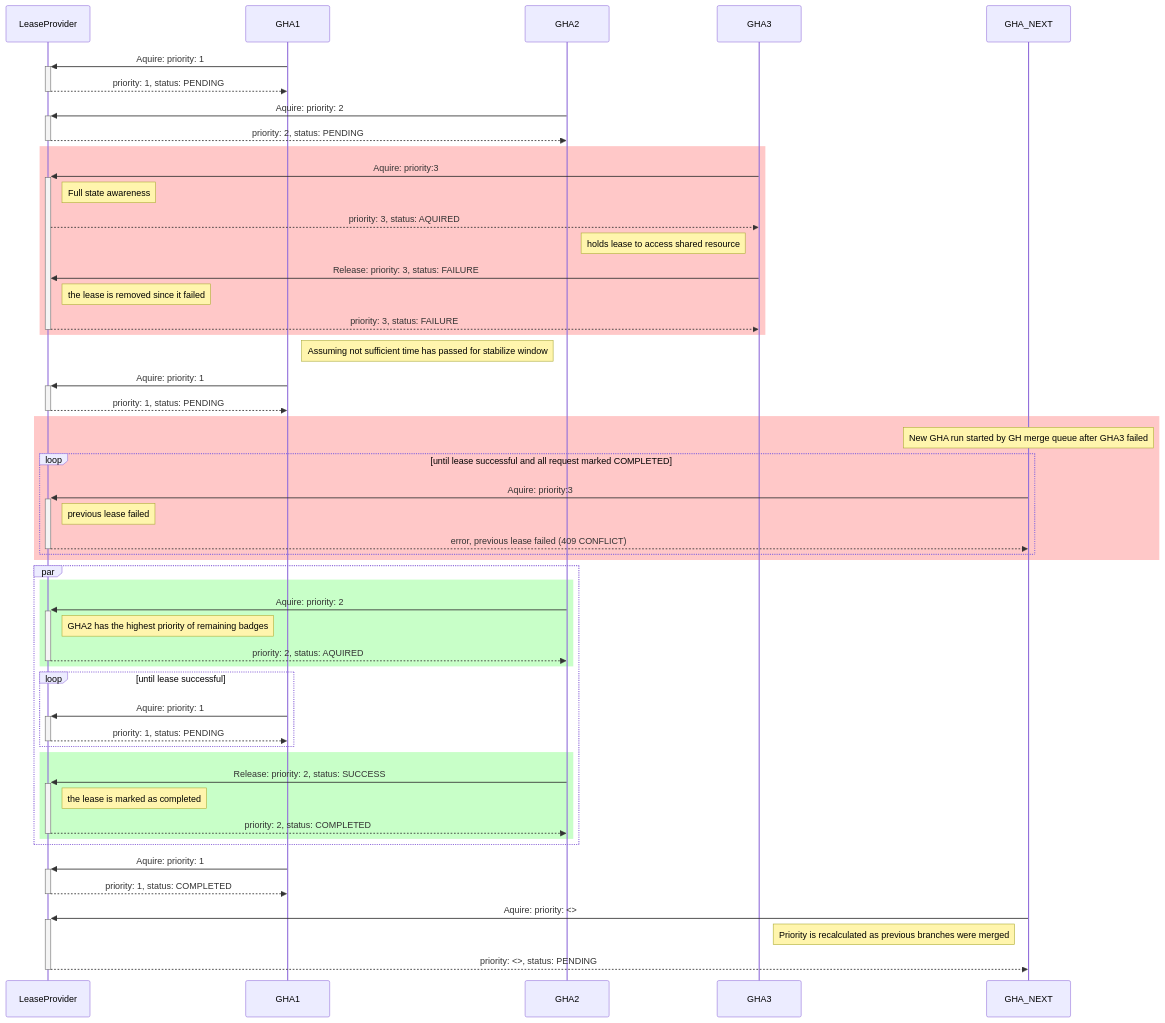
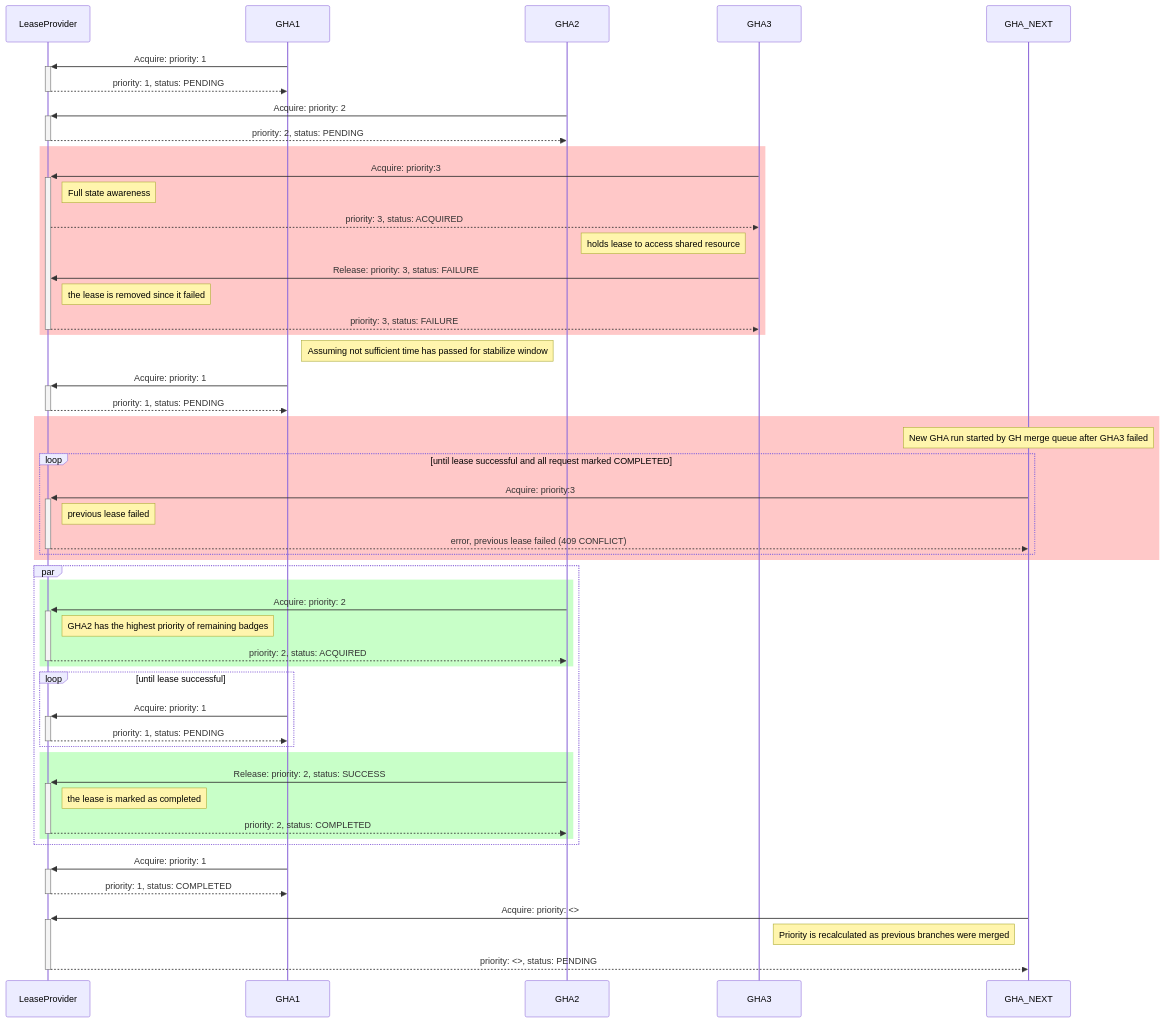
The third of 3 diagrams in Readme.md (ankorstore/mq-lease-service), drawn with Mermaid before and after one commit. The commit also changed other lines of this file and 7 other files, not shown here.

````diff
--- a/Readme.md
+++ b/Readme.md
@@ -100,64 +100,64 @@
 ```mermaid
 sequenceDiagram
     participant LeaseProvider
     participant GHA1
     participant GHA2
     participant GHA3
     participant GHA_NEXT
 
     
-    GHA1->>+LeaseProvider: Aquire: priority: 1
+    GHA1->>+LeaseProvider: Acquire: priority: 1
     LeaseProvider-->>-GHA1: priority: 1, status: PENDING
-    GHA2->>+LeaseProvider: Aquire: priority: 2
+    GHA2->>+LeaseProvider: Acquire: priority: 2
     LeaseProvider-->>-GHA2: priority: 2, status: PENDING
 
     rect rgb(255, 200, 200)
-    GHA3->>+LeaseProvider: Aquire: priority:3 
+    GHA3->>+LeaseProvider: Acquire: priority:3 
     note right of LeaseProvider: Full state awareness 
-    LeaseProvider-->>GHA3: priority: 3, status: AQUIRED
+    LeaseProvider-->>GHA3: priority: 3, status: ACQUIRED
     note left of GHA3: holds lease to access shared resource
 
     GHA3->>LeaseProvider: Release: priority: 3, status: FAILURE
     note right of LeaseProvider: the lease is removed since it failed
     LeaseProvider-->>-GHA3: priority: 3, status: FAILURE
     end
 
     note right of GHA1: Assuming not sufficient time has passed for stabilize window
-    GHA1->>+LeaseProvider: Aquire: priority: 1
+    GHA1->>+LeaseProvider: Acquire: priority: 1
     LeaseProvider-->>-GHA1: priority: 1, status: PENDING
 
     rect rgb(255, 200, 200)
     note over GHA_NEXT: New GHA run started by GH merge queue after GHA3 failed
     loop until lease successful and all request marked COMPLETED
-    GHA_NEXT->>+LeaseProvider: Aquire: priority:3 
+    GHA_NEXT->>+LeaseProvider: Acquire: priority:3 
     note right of LeaseProvider: previous lease failed 
     LeaseProvider-->>-GHA_NEXT: error, previous lease failed (409 CONFLICT)
     end
     end
 
 
     par    
     rect rgb(200, 255,200)
-    GHA2->>+LeaseProvider: Aquire: priority: 2
+    GHA2->>+LeaseProvider: Acquire: priority: 2
     note right of LeaseProvider: GHA2 has the highest priority of remaining badges
-    LeaseProvider-->>-GHA2: priority: 2, status: AQUIRED
+    LeaseProvider-->>-GHA2: priority: 2, status: ACQUIRED
     end
     loop until lease successful
-    GHA1->>+LeaseProvider: Aquire: priority: 1
+    GHA1->>+LeaseProvider: Acquire: priority: 1
     LeaseProvider-->>-GHA1: priority: 1, status: PENDING
     end
 
     rect rgb(200, 255,200)
     GHA2->>+LeaseProvider: Release: priority: 2, status: SUCCESS
     note right of LeaseProvider: the lease is marked as completed
     LeaseProvider-->>-GHA2: priority: 2, status: COMPLETED
     end
     end
 
-    GHA1->>+LeaseProvider: Aquire: priority: 1
+    GHA1->>+LeaseProvider: Acquire: priority: 1
     LeaseProvider-->>-GHA1: priority: 1, status: COMPLETED
 
-    GHA_NEXT->>+LeaseProvider: Aquire: priority: <>
+    GHA_NEXT->>+LeaseProvider: Acquire: priority: <>
     note left of GHA_NEXT: Priority is recalculated as previous branches were merged
     LeaseProvider-->>-GHA_NEXT: priority: <>, status: PENDING
 ```
````
